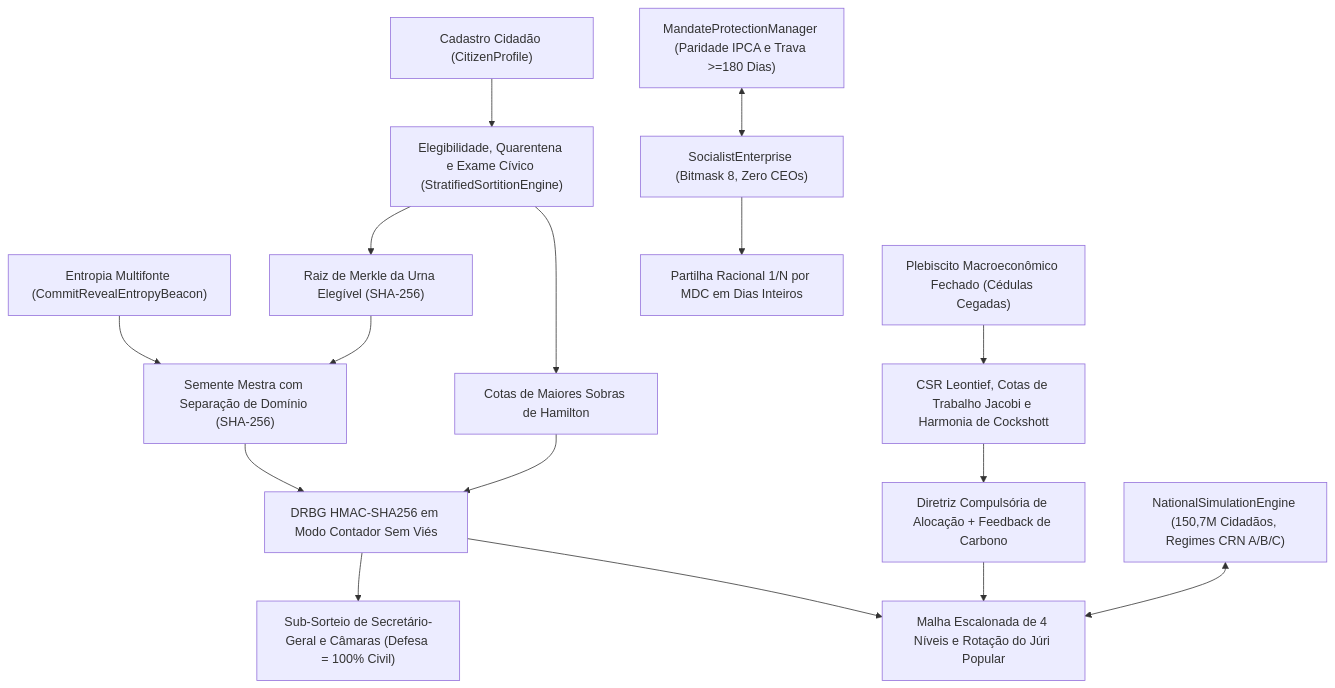
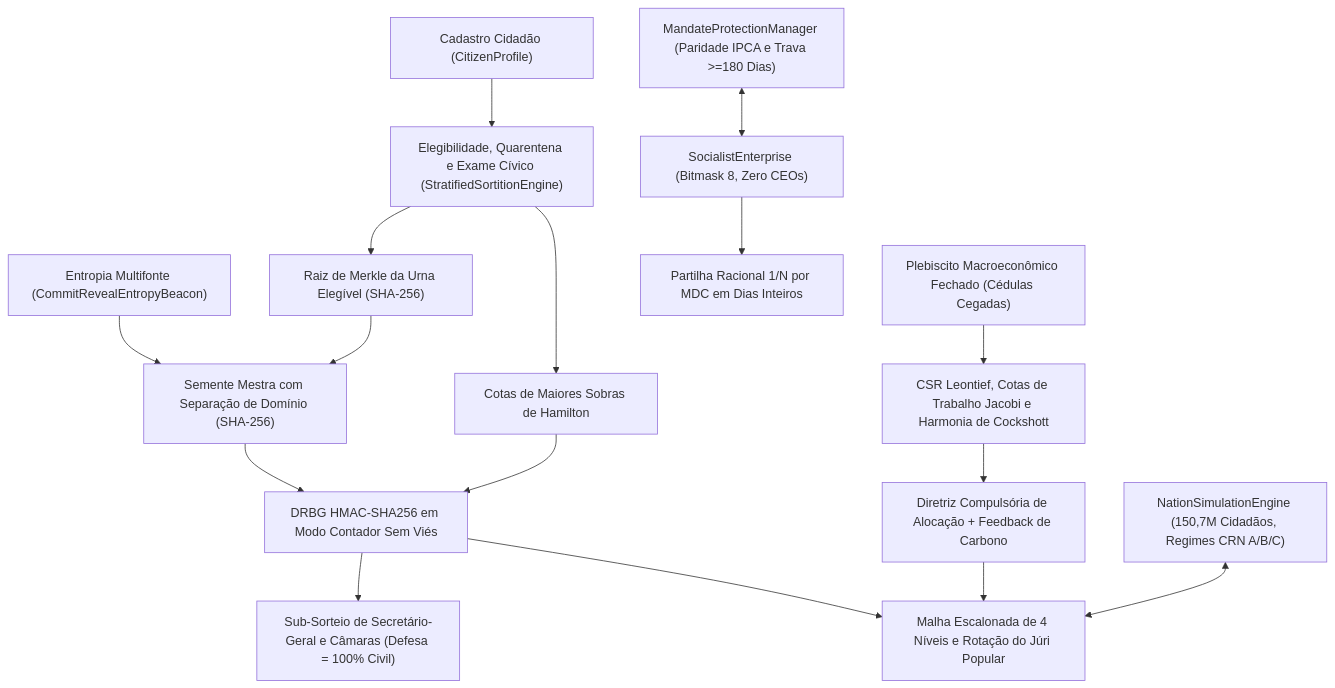
The diagram in docs/pt/04_MECANICA_SUBJACENTE_UNDER_THE_HOOD.md (PJ-Oliveira/cibersoc), drawn with Mermaid before and after one commit. The commit also changed other lines of this file and 23 other files, not shown here.

````diff
--- a/docs/pt/04_MECANICA_SUBJACENTE_UNDER_THE_HOOD.md
+++ b/docs/pt/04_MECANICA_SUBJACENTE_UNDER_THE_HOOD.md
@@ -5,18 +5,18 @@
 ```mermaid
 flowchart TD
     Pop["Cadastro Cidadão (CitizenProfile)"] --> Elig["Elegibilidade, Quarentena e Exame Cívico (StratifiedSortitionEngine)"]
     Beacon["Entropia Multifonte (CommitRevealEntropyBeacon)"] --> Seed["Semente Mestra com Separação de Domínio (SHA-256)"]
     Elig --> Merkle["Raiz de Merkle da Urna Elegível (SHA-256)"]
     Merkle --> Seed
     Seed --> DRBG["DRBG HMAC-SHA256 em Modo Contador Sem Viés"]
     Elig --> Hamilton["Cotas de Maiores Sobras de Hamilton"]
     Hamilton --> DRBG
     DRBG --> Mesh["Malha Escalonada de 4 Níveis e Rotação do Júri Popular"]
     DRBG --> Roles["Sub-Sorteio de Secretário-Geral e Câmaras (Defesa = 100% Civil)"]
     Pleb["Plebiscito Macroeconômico Fechado (Cédulas Cegadas)"] --> CSR["CSR Leontief, Cotas de Trabalho Jacobi e Harmonia de Cockshott"]
     CSR --> Directive["Diretriz Compulsória de Alocação + Feedback de Carbono"]
     Directive --> Mesh
     Ent["SocialistEnterprise (Bitmask 8, Zero CEOs)"] --> GCD["Partilha Racional 1/N por MDC em Dias Inteiros"]
     Mandate["MandateProtectionManager (Paridade IPCA e Trava >=180 Dias)"] <--> Ent
-    SEEM["NationalSimulationEngine (150,7M Cidadãos, Regimes CRN A/B/C)"] <--> Mesh
+    SEEM["NationSimulationEngine (150,7M Cidadãos, Regimes CRN A/B/C)"] <--> Mesh
 ```
````
